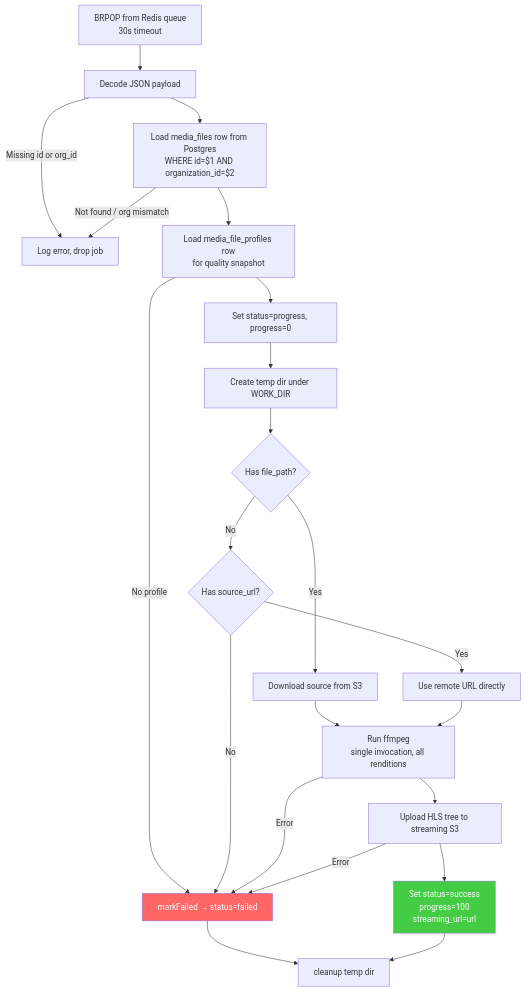
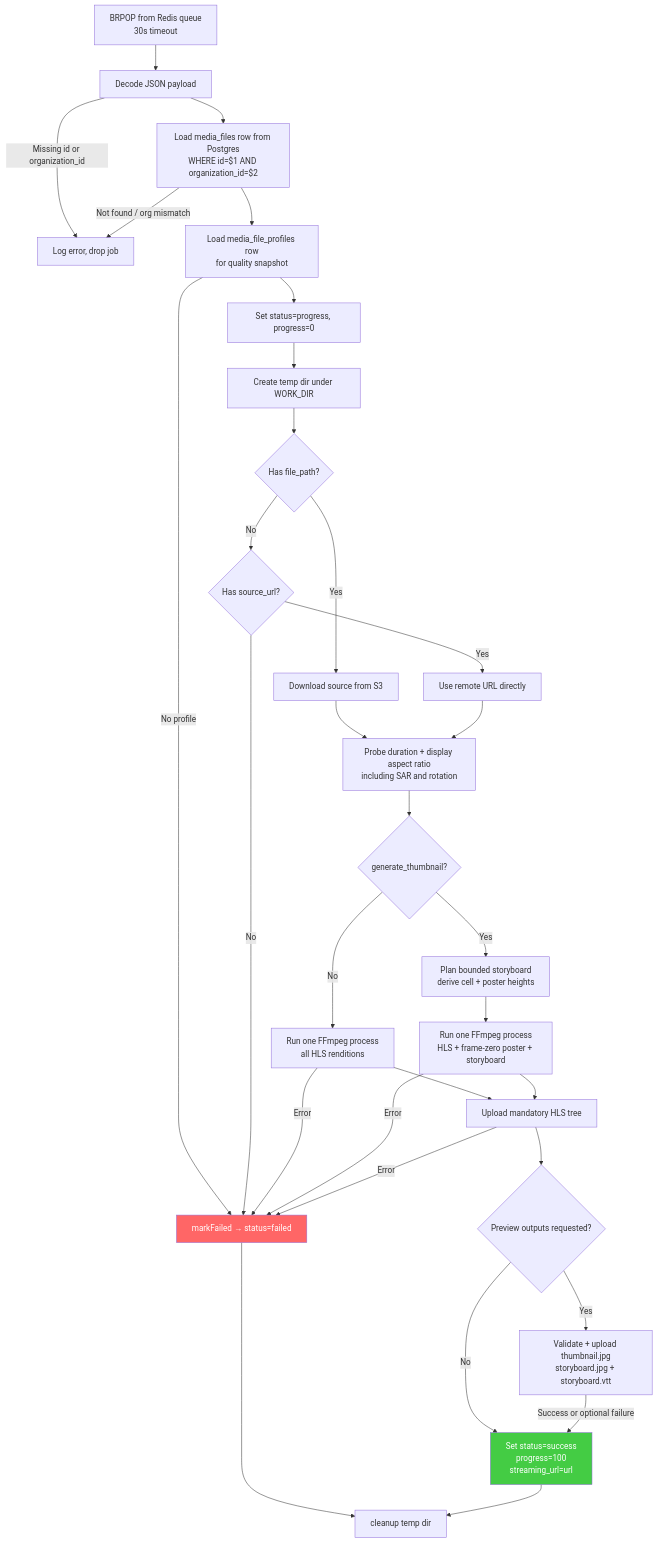
One commit to saturngod/oxygen changed the fourth of 7 diagrams in README.md. Above: the diagram before and after it, drawn with Mermaid. The commit also changed other lines of this file, not shown here.

````diff
--- a/README.md
+++ b/README.md
@@ -509,35 +529,44 @@
 ```mermaid
 flowchart TD
     BRPOP[BRPOP from Redis queue<br/>30s timeout] --> DECODE[Decode JSON payload]
-    DECODE --> |Missing id or org_id| DROP[Log error, drop job]
+    DECODE --> |Missing id or organization_id| DROP[Log error, drop job]
     DECODE --> LOAD_MF[Load media_files row from Postgres<br/>WHERE id=$1 AND organization_id=$2]
 
     LOAD_MF --> |Not found / org mismatch| DROP
     LOAD_MF --> LOAD_PROF[Load media_file_profiles row<br/>for quality snapshot]
 
     LOAD_PROF --> |No profile| FAIL[markFailed → status=failed]
     LOAD_PROF --> SET_PROGRESS[Set status=progress, progress=0]
 
     SET_PROGRESS --> MKDIR[Create temp dir under WORK_DIR]
     MKDIR --> DL{Has file_path?}
 
     DL --> |Yes| DOWNLOAD[Download source from S3]
     DL --> |No| URL{Has source_url?}
     URL --> |Yes| USE_URL[Use remote URL directly]
     URL --> |No| FAIL
 
-    DOWNLOAD --> TRANSCODE
-    USE_URL --> TRANSCODE[Run ffmpeg<br/>single invocation, all renditions]
+    DOWNLOAD --> PROBE[Probe duration + display aspect ratio<br/>including SAR and rotation]
+    USE_URL --> PROBE
+    PROBE --> PREP{generate_thumbnail?}
+    PREP --> |No| TRANSCODE[Run one FFmpeg process<br/>all HLS renditions]
+    PREP --> |Yes| PLAN[Plan bounded storyboard<br/>derive cell + poster heights]
+    PLAN --> TRANSCODE_PREVIEW[Run one FFmpeg process<br/>HLS + frame-zero poster + storyboard]
 
     TRANSCODE --> |Error| FAIL
-    TRANSCODE --> UPLOAD[Upload HLS tree to streaming S3]
+    TRANSCODE_PREVIEW --> |Error| FAIL
+    TRANSCODE --> UPLOAD[Upload mandatory HLS tree]
+    TRANSCODE_PREVIEW --> UPLOAD
 
     UPLOAD --> |Error| FAIL
-    UPLOAD --> SUCCESS[Set status=success<br/>progress=100<br/>streaming_url=url]
+    UPLOAD --> OPTIONAL{Preview outputs requested?}
+    OPTIONAL --> |No| SUCCESS[Set status=success<br/>progress=100<br/>streaming_url=url]
+    OPTIONAL --> |Yes| PREVIEW[Validate + upload thumbnail.jpg<br/>storyboard.jpg + storyboard.vtt]
+    PREVIEW --> |Success or optional failure| SUCCESS
 
     FAIL --> CLEANUP[cleanup temp dir]
     SUCCESS --> CLEANUP
 
     style FAIL fill:#f66,color:#fff
     style SUCCESS fill:#4c4,color:#fff
 ```
````
